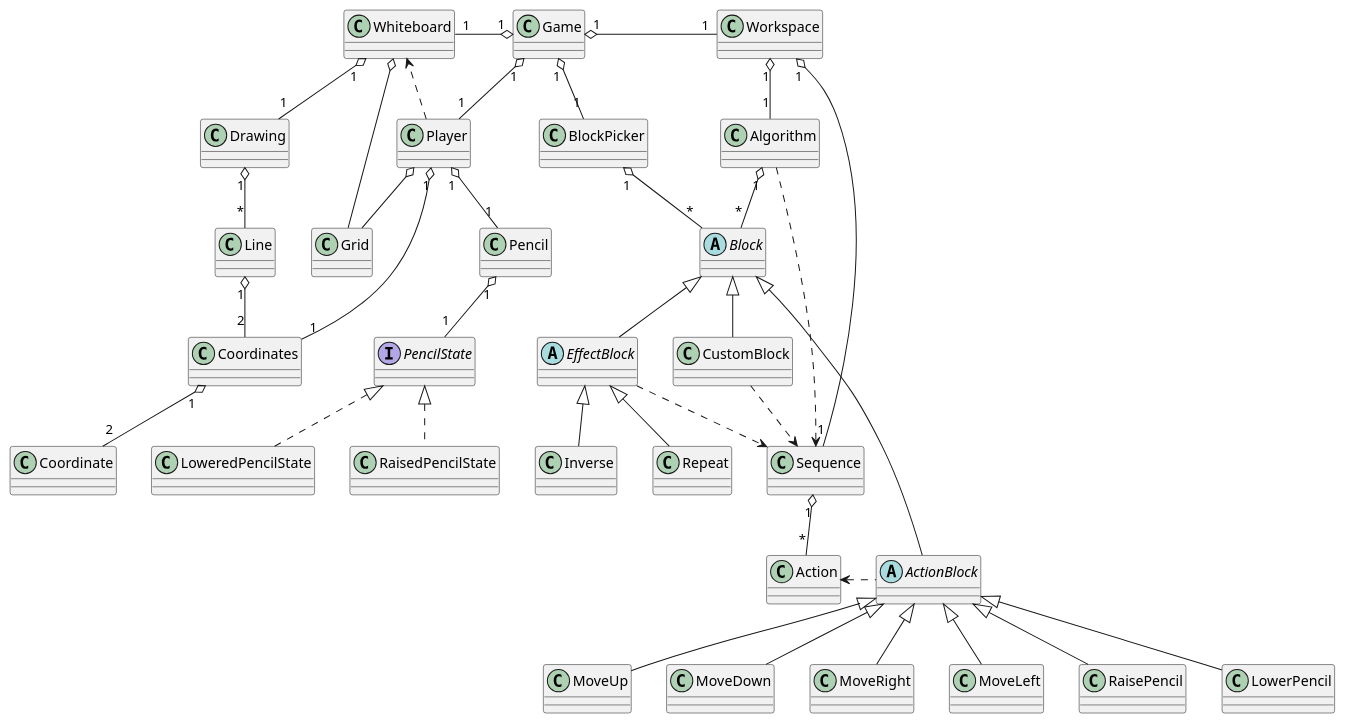
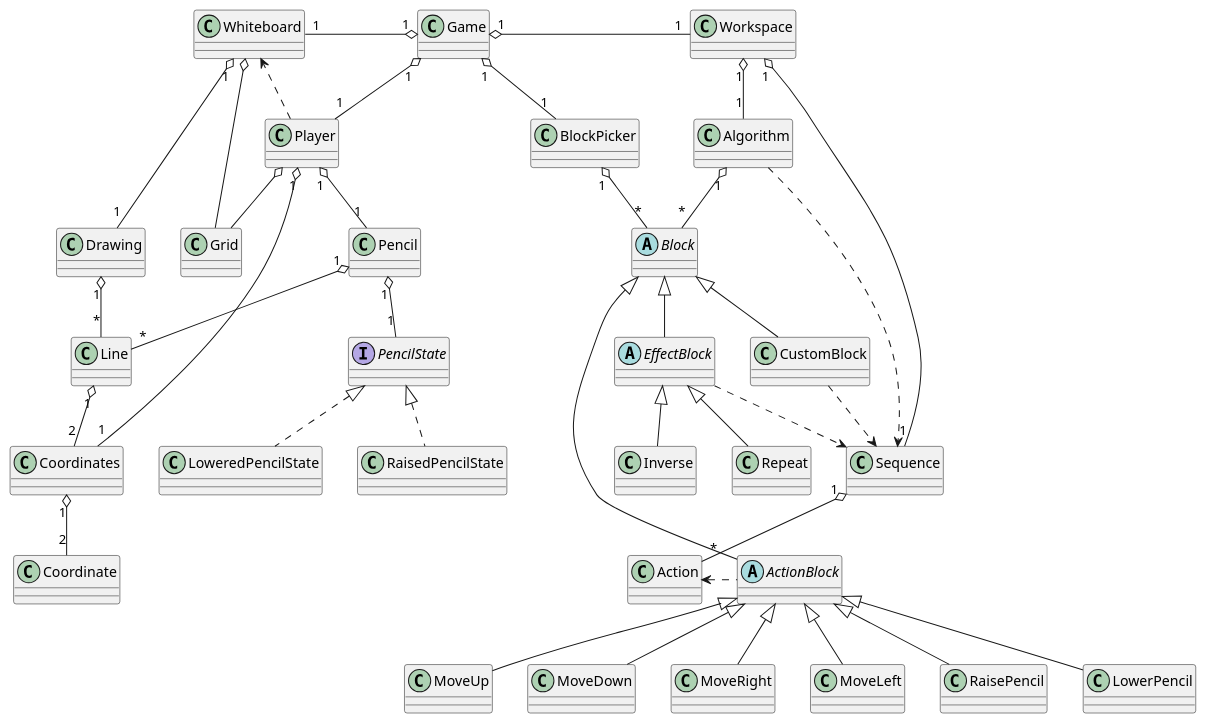
One commit to mati1297/tp2_algoblocks changed the diagram in diagrams/class.plantuml. Above: the diagram before and after it, drawn with PlantUML.

Commit message:
Agrego relacion entre line y pencil

```diff
--- a/diagrams/class.plantuml
+++ b/diagrams/class.plantuml
@@ -1,170 +1,171 @@
 @startuml
 class Game {
 
 }
 
 class Player {
 
 }
 
 class Coordinates {
 
 }
 
 class Coordinate {
 
 }
 
 class Pencil {
 
 }
 
 interface PencilState {
 
 }
 
 class RaisedPencilState {
 
 }
 
 class LoweredPencilState {
 
 }
 
 class Whiteboard {
 
 }
 
 
 class Drawing {
 
 }
 
 class Line {
 
 }
 
 class Workspace {
 
 }
 
 class Algorithm {
 
 }
 
 class Sequence {
 
 }
 
 class Action {
 
 }
 
 class BlockPicker {
 
 }
 
 
 abstract class Block {
 
 }
 
 abstract class ActionBlock {
 
 }
 
 abstract class EffectBlock {
 
 }
 
 class MoveUp {
 
 }
 
 class MoveDown {
 
 }
 
 class MoveRight {
 
 }
 
 class MoveLeft {
 
 }
 
 class RaisePencil {
 
 }
 
 class LowerPencil {
 
 }
 
 class Repeat {
 
 }
 
 class Inverse {
 
 }
 
 class CustomBlock {
 
 }
 
 
 class Grid {
 
 }
 
 Game "1" o-- "1" Player
 Player "1" o-- "1" Coordinates
 Coordinates "1" o-- "2" Coordinate
 Player ..> Whiteboard
 
 Player "1" o-- "1" Pencil
 Pencil "1" o-- "1" PencilState
 PencilState <|.. RaisedPencilState
 PencilState <|.. LoweredPencilState
 
 Game "1" o--left "1" Whiteboard
 Whiteboard "1" o-- "1" Drawing
 Drawing "1" o-- "*" Line
 Line "1" o-- "2" Coordinates
+Pencil "1" o-- "*" Line
 
 Game "1" o-- "1" BlockPicker
 BlockPicker "1" o-- "*" Block
 Block <|-- EffectBlock
 Block <|-- ActionBlock
 Block <|-- CustomBlock
 
 Game "1" o--right "1" Workspace
 Workspace "1" o-- "1" Algorithm
 Algorithm "1" o-- "*" Block
 
 
 Workspace "1" o-- "1" Sequence
 Sequence "1" o-- "*" Action
 
 ActionBlock <|-- MoveUp
 ActionBlock <|-- MoveDown
 ActionBlock <|-- MoveRight
 ActionBlock <|-- MoveLeft
 ActionBlock <|-- LowerPencil
 ActionBlock <|-- RaisePencil
 Action <..right ActionBlock
 
 EffectBlock <|-- Repeat
 EffectBlock <|-- Inverse
 
 
 
 Player o-- Grid
 Whiteboard o--Grid
 
 
 Algorithm ..> Sequence
 EffectBlock ..> Sequence
 CustomBlock ..> Sequence
 @enduml
```
